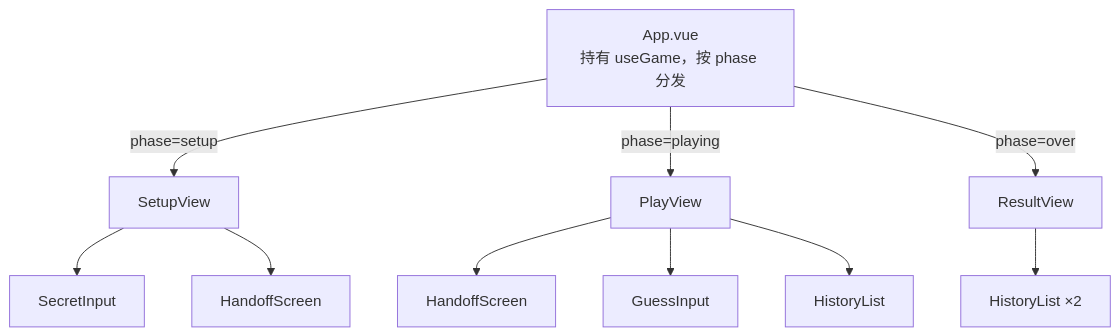
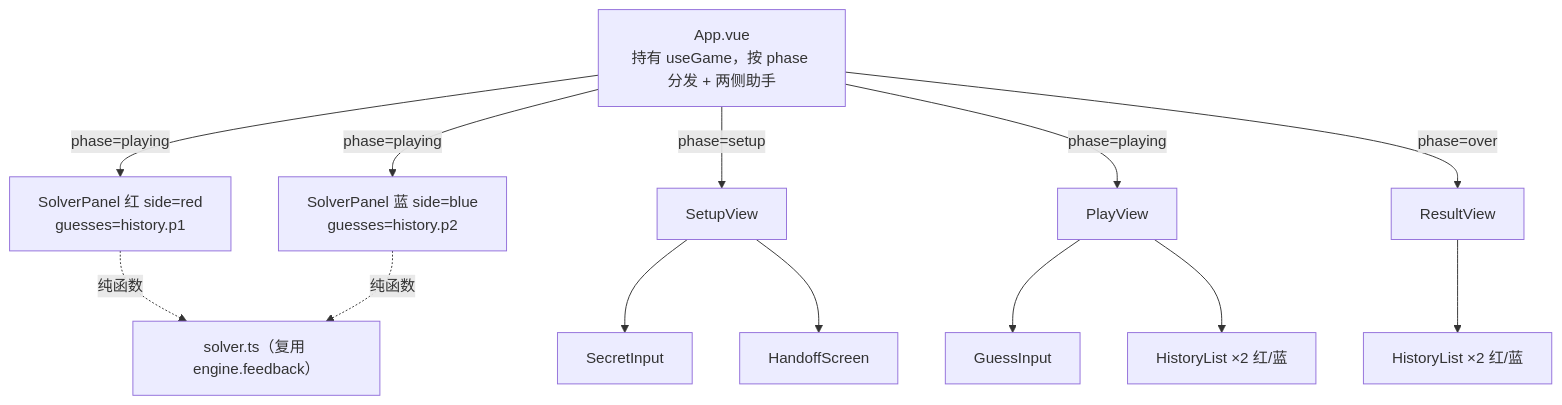
One commit to verdenmax/number-guessing-game changed the first of 2 diagrams in docs/L2-components/ui.md. Above: the diagram before and after it, drawn with Mermaid. The commit also changed other lines of this file and 7 other files, not shown here.

````diff
--- a/docs/L2-components/ui.md
+++ b/docs/L2-components/ui.md
@@ -27,13 +42,16 @@
 ```mermaid
 flowchart TD
-    App[App.vue<br/>持有 useGame，按 phase 分发]
+    App[App.vue<br/>持有 useGame，按 phase 分发 + 两侧助手]
+    App -->|phase=playing| SPL["SolverPanel 红 side=red<br/>guesses=history.p1"]
+    App -->|phase=playing| SPR["SolverPanel 蓝 side=blue<br/>guesses=history.p2"]
     App -->|phase=setup| Setup[SetupView]
     App -->|phase=playing| Play[PlayView]
     App -->|phase=over| Result[ResultView]
     Setup --> SI[SecretInput]
     Setup --> H1[HandoffScreen]
-    Play --> H2[HandoffScreen]
     Play --> GI[GuessInput]
-    Play --> HL1[HistoryList]
-    Result --> HL2[HistoryList ×2]
+    Play --> HL1[HistoryList ×2 红/蓝]
+    Result --> HL2[HistoryList ×2 红/蓝]
+    SPL -.->|纯函数| Solver["solver.ts（复用 engine.feedback）"]
+    SPR -.->|纯函数| Solver
 ```
````
